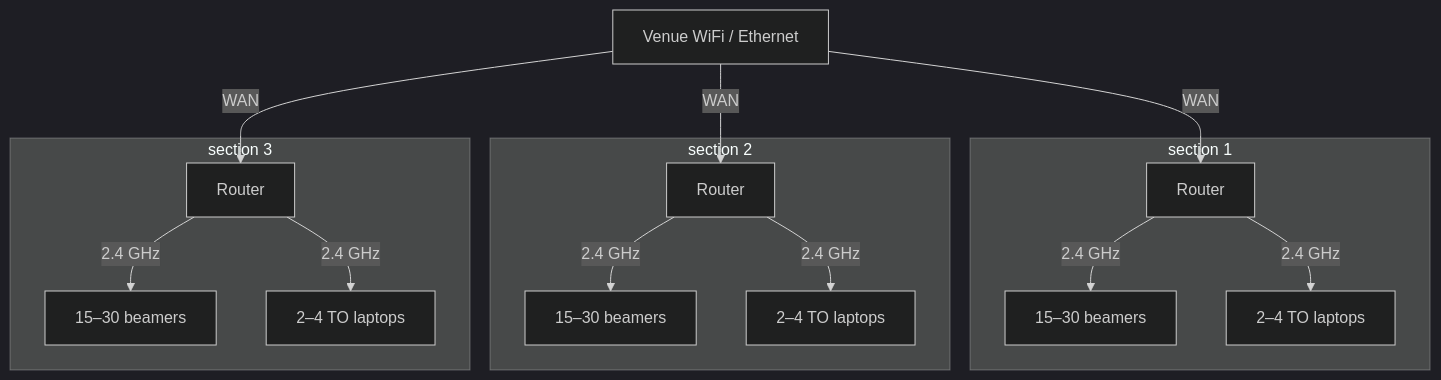
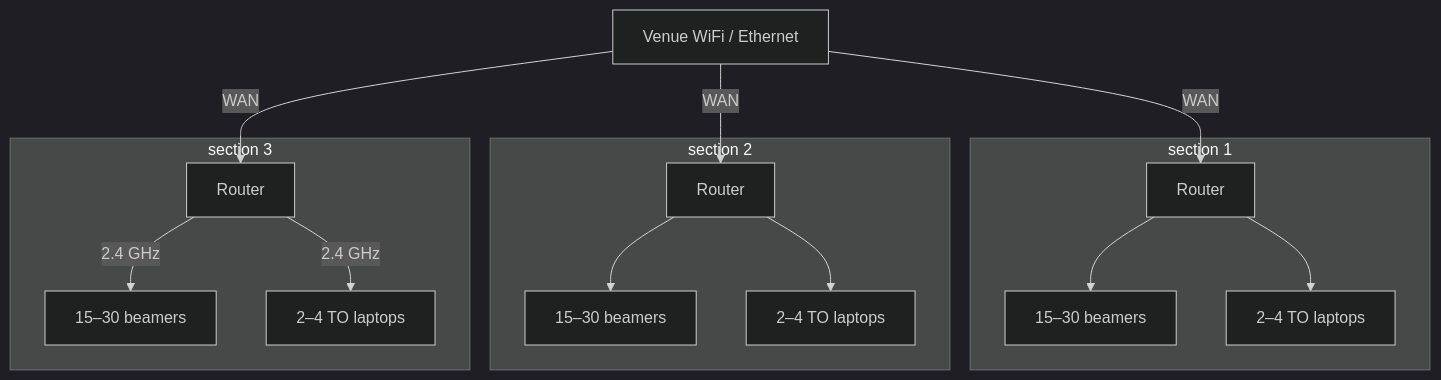
Before and after one commit to jendotpg/slippi-beamer: the first of 2 diagrams in ROUTERS.md, drawn with Mermaid (dark theme). The commit also changed other lines of this file and 1 other file, not shown here.

````diff
--- a/ROUTERS.md
+++ b/ROUTERS.md
@@ -33,32 +33,32 @@
 ```mermaid
 flowchart TD
     SRC["Venue WiFi / Ethernet"]
 
     subgraph S1["section 1"]
         RTR1["Router"]
         BEAM1["15–30 beamers"]
         LAP1["2–4 TO laptops"]
-        RTR1 -->|2.4 GHz| BEAM1
-        RTR1 -->|2.4 GHz| LAP1
+        RTR1 --> BEAM1
+        RTR1 --> LAP1
     end
 
     subgraph S2["section 2"]
         RTR2["Router"]
         BEAM2["15–30 beamers"]
         LAP2["2–4 TO laptops"]
-        RTR2 -->|2.4 GHz| BEAM2
-        RTR2 -->|2.4 GHz| LAP2
+        RTR2 --> BEAM2
+        RTR2 -->  LAP2
     end
 
     subgraph S3["section 3"]
         RTR3["Router"]
         BEAM3["15–30 beamers"]
         LAP3["2–4 TO laptops"]
         RTR3 -->|2.4 GHz| BEAM3
         RTR3 -->|2.4 GHz| LAP3
     end
 
     SRC -->|WAN| RTR1
     SRC -->|WAN| RTR2
     SRC -->|WAN| RTR3
 ```
````
